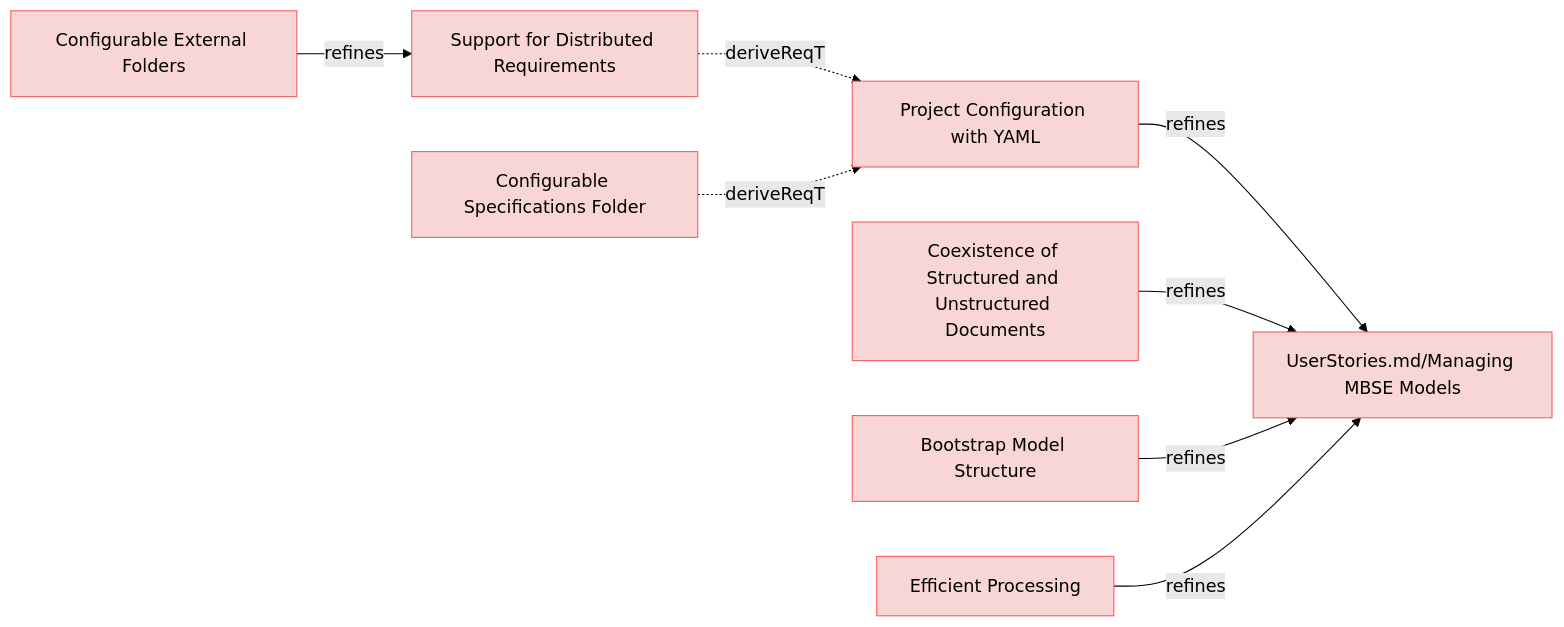
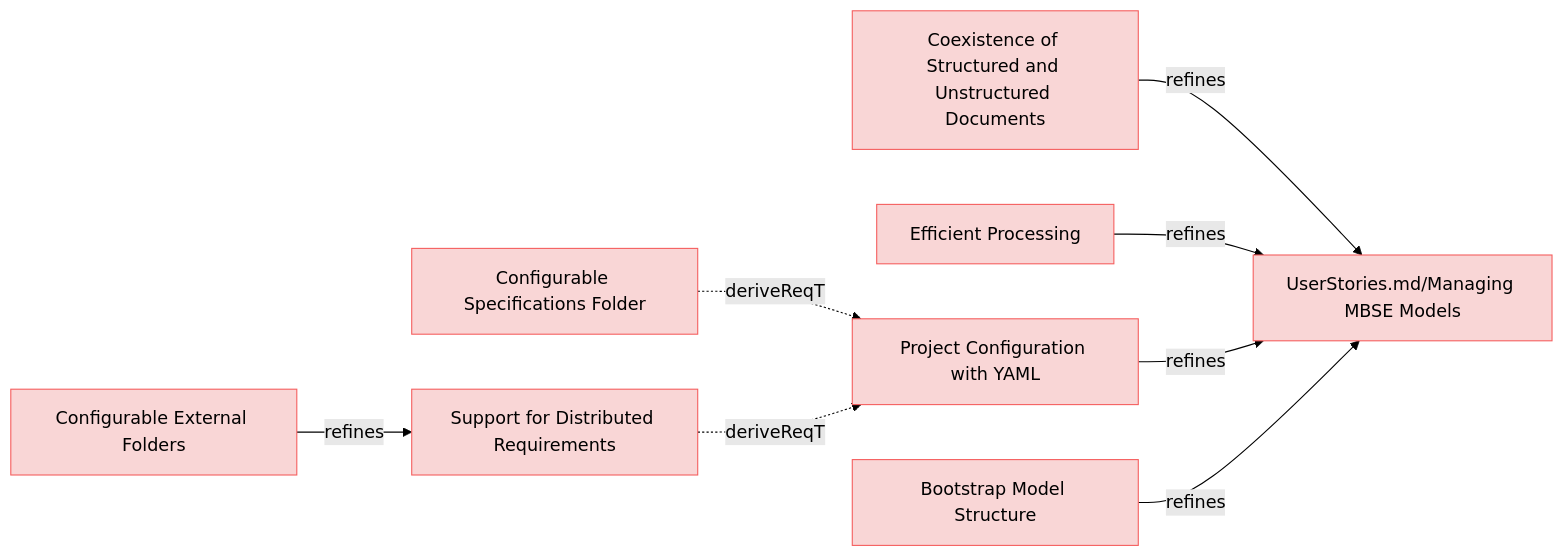
One commit to reqvire-org/reqvire changed the diagram in specifications/ManagingMbseModelsRequirements.md. Above: the diagram before and after it, drawn with Mermaid (forest theme). The commit also changed 16 other files, not shown here.

````diff
--- a/specifications/ManagingMbseModelsRequirements.md
+++ b/specifications/ManagingMbseModelsRequirements.md
@@ -4,40 +4,40 @@
 ```mermaid
 graph LR;
   %% Graph styling
   classDef requirement fill:#f9d6d6,stroke:#f55f5f,stroke-width:1px;
   classDef verification fill:#d6f9d6,stroke:#5fd75f,stroke-width:1px;
   classDef externalLink fill:#d0e0ff,stroke:#3080ff,stroke-width:1px;
   classDef default fill:#f5f5f5,stroke:#333333,stroke-width:1px;
 
   b9c9d1bf19e76fc["Configurable External Folders"];
-  click b9c9d1bf19e76fc "https://github.com/Reqvire/reqvire/blob/92e82ef235559b4819fd85d700024b79b452d8e3/specifications/ManagingMbseModelsRequirements.md#configurable-external-folders";
+  click b9c9d1bf19e76fc "https://github.com/Reqvire/reqvire/blob/30536324899084e88969175e3613c971ffa6e108/specifications/ManagingMbseModelsRequirements.md#configurable-external-folders";
   class b9c9d1bf19e76fc requirement;
   c4d5865187c53ce6["Support for Distributed Requirements"];
   class c4d5865187c53ce6 requirement;
-  click c4d5865187c53ce6 "https://github.com/Reqvire/reqvire/blob/92e82ef235559b4819fd85d700024b79b452d8e3/specifications/ManagingMbseModelsRequirements.md#support-for-distributed-requirements";
+  click c4d5865187c53ce6 "https://github.com/Reqvire/reqvire/blob/30536324899084e88969175e3613c971ffa6e108/specifications/ManagingMbseModelsRequirements.md#support-for-distributed-requirements";
   b9c9d1bf19e76fc -->|refines| c4d5865187c53ce6;
-  b3ef0fb91572bcf0["Project Configuration with YAML"];
-  click b3ef0fb91572bcf0 "https://github.com/Reqvire/reqvire/blob/92e82ef235559b4819fd85d700024b79b452d8e3/specifications/ManagingMbseModelsRequirements.md#project-configuration-with-yaml";
-  class b3ef0fb91572bcf0 requirement;
+  da5831ca85881025["Coexistence of Structured and Unstructured Documents"];
+  click da5831ca85881025 "https://github.com/Reqvire/reqvire/blob/30536324899084e88969175e3613c971ffa6e108/specifications/ManagingMbseModelsRequirements.md#coexistence-of-structured-and-unstructured-documents";
+  class da5831ca85881025 requirement;
   c75ac8fa29479ca5["UserStories.md/Managing MBSE Models"];
   class c75ac8fa29479ca5 requirement;
-  click c75ac8fa29479ca5 "https://github.com/Reqvire/reqvire/blob/92e82ef235559b4819fd85d700024b79b452d8e3/specifications/UserStories.md#managing-mbse-models";
+  click c75ac8fa29479ca5 "https://github.com/Reqvire/reqvire/blob/30536324899084e88969175e3613c971ffa6e108/specifications/UserStories.md#managing-mbse-models";
+  da5831ca85881025 -->|refines| c75ac8fa29479ca5;
+  87e38ccb52188638["Configurable Specifications Folder"];
+  click 87e38ccb52188638 "https://github.com/Reqvire/reqvire/blob/30536324899084e88969175e3613c971ffa6e108/specifications/ManagingMbseModelsRequirements.md#configurable-specifications-folder";
+  class 87e38ccb52188638 requirement;
+  b3ef0fb91572bcf0["Project Configuration with YAML"];
+  class b3ef0fb91572bcf0 requirement;
+  click b3ef0fb91572bcf0 "https://github.com/Reqvire/reqvire/blob/30536324899084e88969175e3613c971ffa6e108/specifications/ManagingMbseModelsRequirements.md#project-configuration-with-yaml";
+  87e38ccb52188638 -.->|deriveReqT| b3ef0fb91572bcf0;
+  386d7b145d008870["Efficient Processing"];
+  click 386d7b145d008870 "https://github.com/Reqvire/reqvire/blob/30536324899084e88969175e3613c971ffa6e108/specifications/ManagingMbseModelsRequirements.md#efficient-processing";
+  class 386d7b145d008870 requirement;
+  386d7b145d008870 -->|refines| c75ac8fa29479ca5;
+  c4d5865187c53ce6 -.->|deriveReqT| b3ef0fb91572bcf0;
   b3ef0fb91572bcf0 -->|refines| c75ac8fa29479ca5;
-  da5831ca85881025["Coexistence of Structured and Unstructured Documents"];
-  click da5831ca85881025 "https://github.com/Reqvire/reqvire/blob/92e82ef235559b4819fd85d700024b79b452d8e3/specifications/ManagingMbseModelsRequirements.md#coexistence-of-structured-and-unstructured-documents";
-  class da5831ca85881025 requirement;
-  da5831ca85881025 -->|refines| c75ac8fa29479ca5;
   fa4727bd969c48f8["Bootstrap Model Structure"];
-  click fa4727bd969c48f8 "https://github.com/Reqvire/reqvire/blob/92e82ef235559b4819fd85d700024b79b452d8e3/specifications/ManagingMbseModelsRequirements.md#bootstrap-model-structure";
+  click fa4727bd969c48f8 "https://github.com/Reqvire/reqvire/blob/30536324899084e88969175e3613c971ffa6e108/specifications/ManagingMbseModelsRequirements.md#bootstrap-model-structure";
   class fa4727bd969c48f8 requirement;
   fa4727bd969c48f8 -->|refines| c75ac8fa29479ca5;
-  c4d5865187c53ce6 -.->|deriveReqT| b3ef0fb91572bcf0;
-  87e38ccb52188638["Configurable Specifications Folder"];
-  click 87e38ccb52188638 "https://github.com/Reqvire/reqvire/blob/92e82ef235559b4819fd85d700024b79b452d8e3/specifications/ManagingMbseModelsRequirements.md#configurable-specifications-folder";
-  class 87e38ccb52188638 requirement;
-  87e38ccb52188638 -.->|deriveReqT| b3ef0fb91572bcf0;
-  386d7b145d008870["Efficient Processing"];
-  click 386d7b145d008870 "https://github.com/Reqvire/reqvire/blob/92e82ef235559b4819fd85d700024b79b452d8e3/specifications/ManagingMbseModelsRequirements.md#efficient-processing";
-  class 386d7b145d008870 requirement;
-  386d7b145d008870 -->|refines| c75ac8fa29479ca5;
 ```
````
